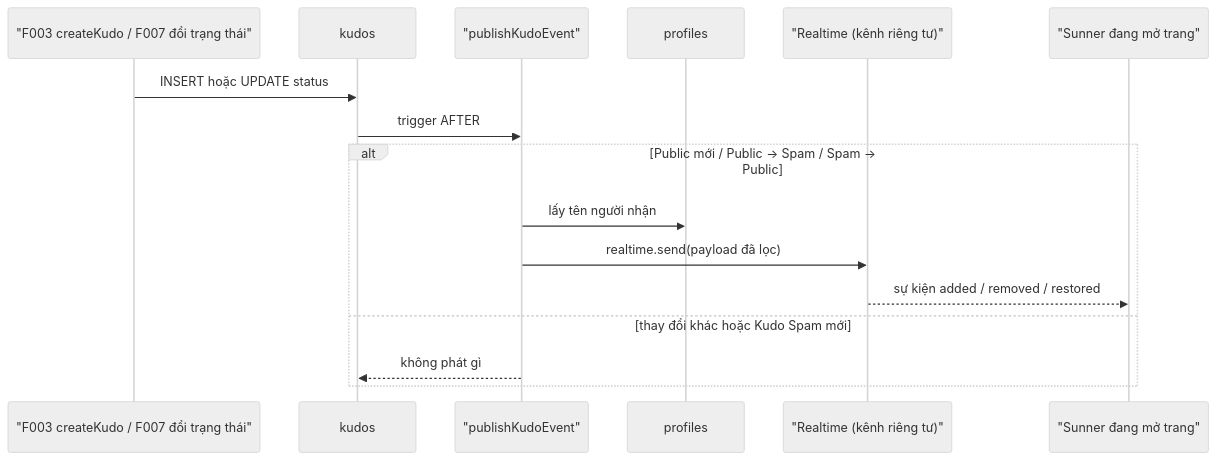
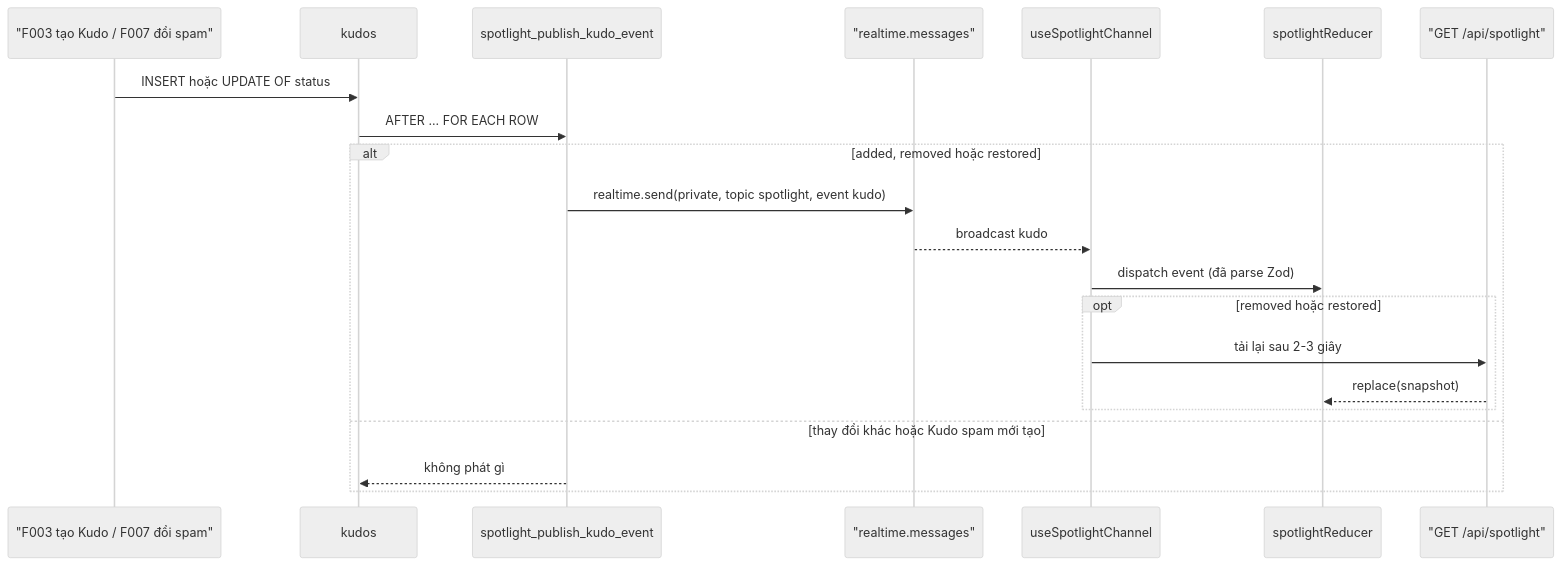
One commit to hailv-3571/agentic-coding-hands-on changed the second of 4 diagrams in docs/features/F008_SpotlightBoard/technical-spec.md. Above: the diagram before and after it, drawn with Mermaid (neutral theme). The commit also changed other lines of this file and 152 other files, not shown here.

````diff
--- a/docs/features/F008_SpotlightBoard/technical-spec.md
+++ b/docs/features/F008_SpotlightBoard/technical-spec.md
@@ -81,19 +74,24 @@
 ```mermaid
 sequenceDiagram
-    participant W as "F003 createKudo / F007 đổi trạng thái"
+    participant W as "F003 tạo Kudo / F007 đổi spam"
     participant K as kudos
-    participant T as "publishKudoEvent"
-    participant P as profiles
-    participant R as "Realtime (kênh riêng tư)"
-    participant C as "Sunner đang mở trang"
+    participant T as spotlight_publish_kudo_event
+    participant R as "realtime.messages"
+    participant H as useSpotlightChannel
+    participant S as spotlightReducer
+    participant A as "GET /api/spotlight"
 
-    W->>K: INSERT hoặc UPDATE status
-    K->>T: trigger AFTER
-    alt Public mới / Public → Spam / Spam → Public
-        T->>P: lấy tên người nhận
-        T->>R: realtime.send(payload đã lọc)
-        R-->>C: sự kiện added / removed / restored
-    else thay đổi khác hoặc Kudo Spam mới
+    W->>K: INSERT hoặc UPDATE OF status
+    K->>T: AFTER ... FOR EACH ROW
+    alt added, removed hoặc restored
+        T->>R: realtime.send(private, topic spotlight, event kudo)
+        R-->>H: broadcast kudo
+        H->>S: dispatch event (đã parse Zod)
+        opt removed hoặc restored
+            H->>A: tải lại sau 2-3 giây
+            A-->>S: replace(snapshot)
+        end
+    else thay đổi khác hoặc Kudo spam mới tạo
         T-->>K: không phát gì
     end
 ```
````
